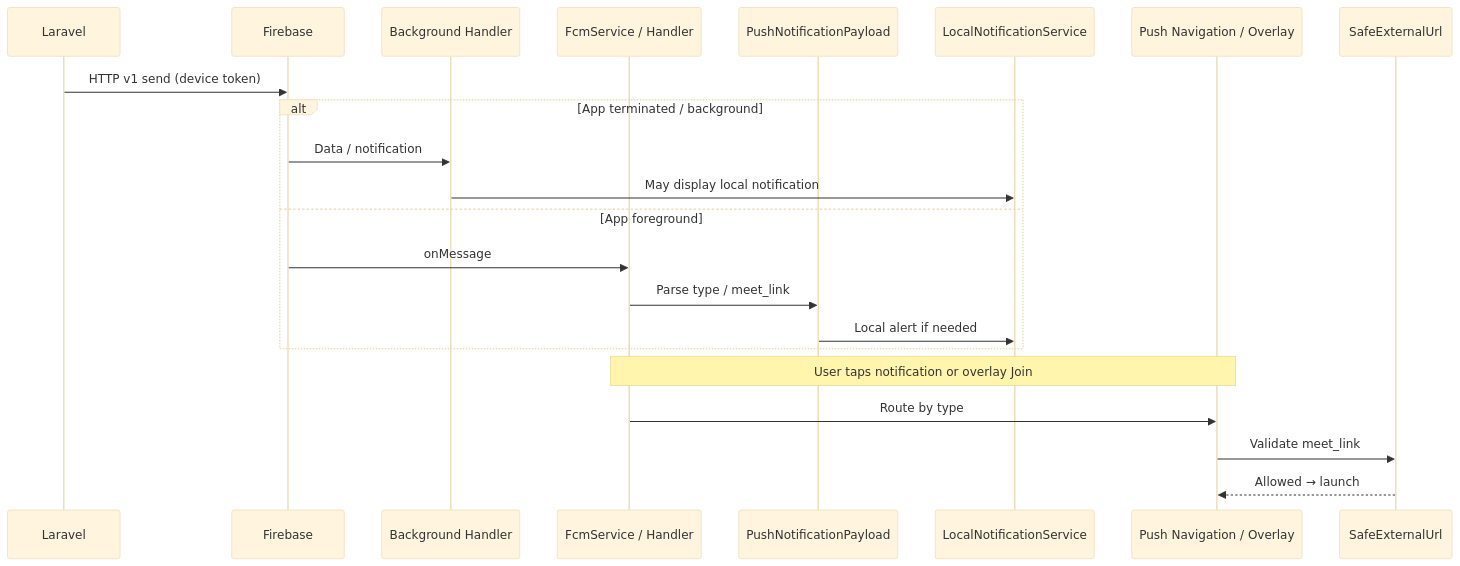
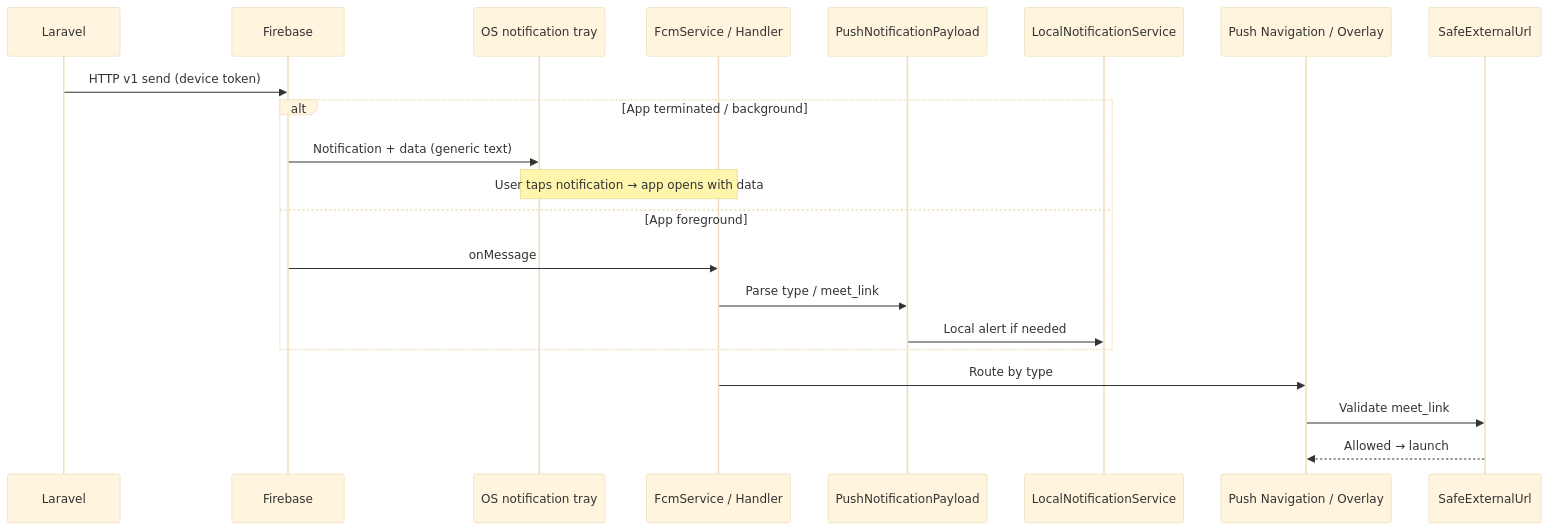
The seventh of 10 diagrams in diagrams/APP_ARCHITECTURE_DIAGRAMS.md (suliman-mousa/AskTabib), drawn with Mermaid (base theme) before and after one commit. The commit also changed other lines of this file, not shown here.

````diff
--- a/diagrams/APP_ARCHITECTURE_DIAGRAMS.md
+++ b/diagrams/APP_ARCHITECTURE_DIAGRAMS.md
@@ -277,25 +293,24 @@
 ```mermaid
 sequenceDiagram
   participant API as Laravel
   participant FCM as Firebase
-  participant BG as Background Handler
+  participant OS as OS notification tray
   participant PS as FcmService / Handler
   participant PL as PushNotificationPayload
   participant LOC as LocalNotificationService
   participant NAV as Push Navigation / Overlay
   participant SAFE as SafeExternalUrl
 
   API->>FCM: HTTP v1 send (device token)
   alt App terminated / background
-    FCM->>BG: Data / notification
-    BG->>LOC: May display local notification
+    FCM->>OS: Notification + data (generic text)
+    Note over OS,PS: User taps notification → app opens with data
   else App foreground
     FCM->>PS: onMessage
     PS->>PL: Parse type / meet_link
     PL->>LOC: Local alert if needed
   end
-  Note over PS,NAV: User taps notification or overlay Join
   PS->>NAV: Route by type
   NAV->>SAFE: Validate meet_link
   SAFE-->>NAV: Allowed → launch
 ```
````
